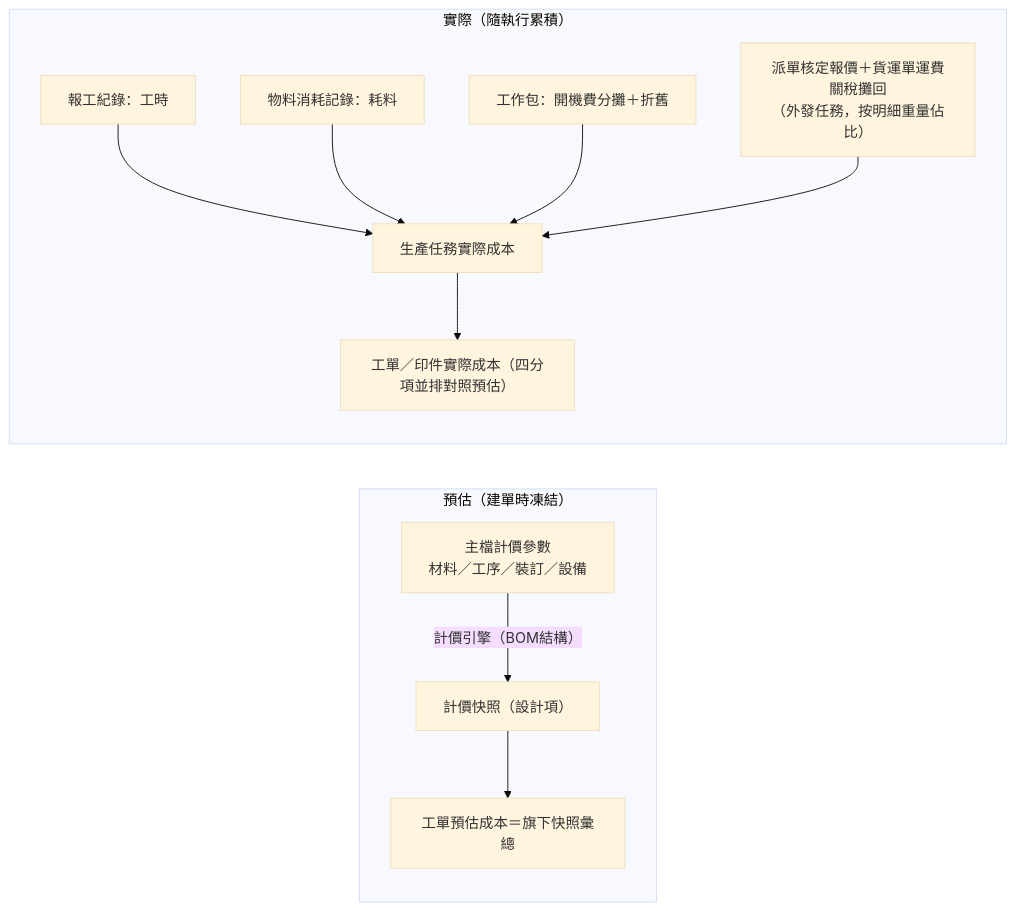
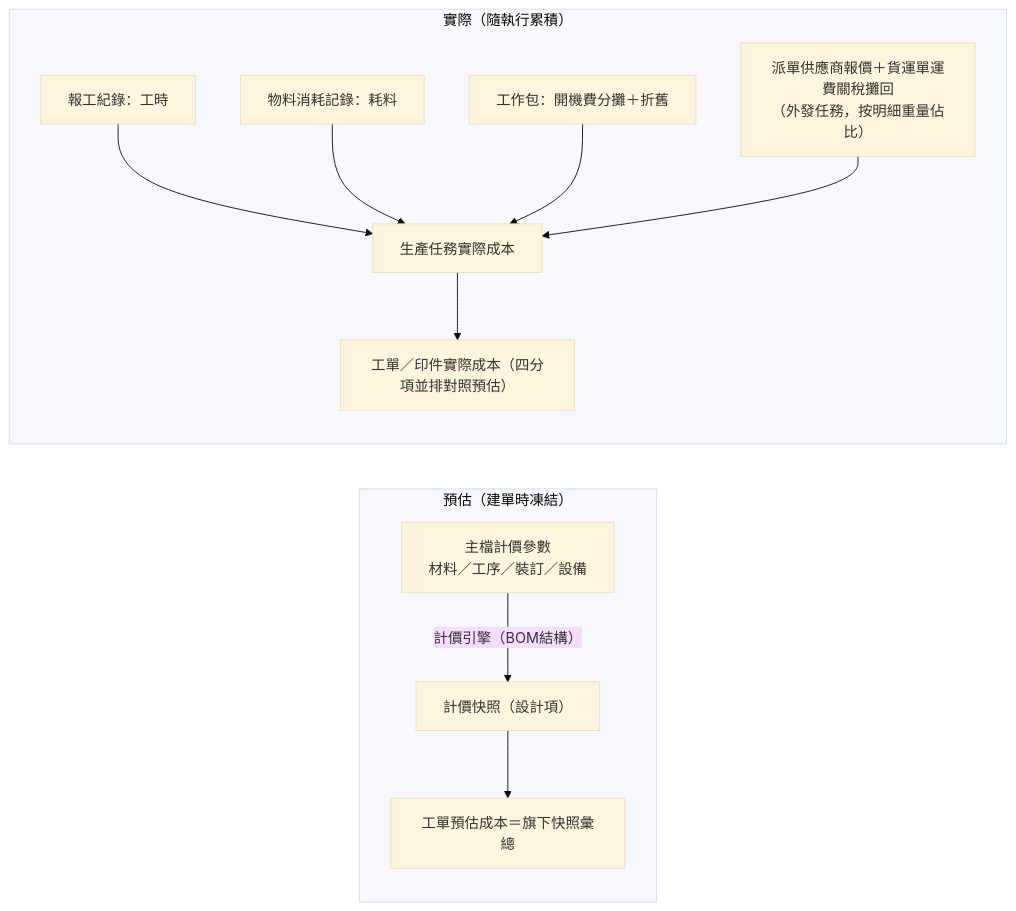
The fourth of 4 diagrams in memory/Sens_wiki/wiki/erp/05-entities/生產領域資料結構總覽.md (Kawato-Miles/erp-spec), drawn with Mermaid (base theme) before and after one commit. The commit also changed other lines of this file and 21 other files, not shown here.

````diff
--- a/memory/Sens_wiki/wiki/erp/05-entities/生產領域資料結構總覽.md
+++ b/memory/Sens_wiki/wiki/erp/05-entities/生產領域資料結構總覽.md
@@ -104,14 +104,14 @@
 ```mermaid
 flowchart LR
     subgraph 預估["預估（建單時凍結）"]
         C1["主檔計價參數<br>材料／工序／裝訂／設備"] -->|"計價引擎（BOM結構）"| C2["計價快照（設計項）"]
         C2 --> C3["工單預估成本＝旗下快照彙總"]
     end
     subgraph 實際["實際（隨執行累積）"]
         D1["報工紀錄：工時"] --> D5["生產任務實際成本"]
         D2["物料消耗記錄：耗料"] --> D5
         D3["工作包：開機費分攤＋折舊"] --> D5
-        D4["派單核定報價＋貨運單運費關稅攤回<br>（外發任務，按明細重量佔比）"] --> D5
+        D4["派單供應商報價＋貨運單運費關稅攤回<br>（外發任務，按明細重量佔比）"] --> D5
         D5 --> D6["工單／印件實際成本（四分項並排對照預估）"]
     end
 ```
````
